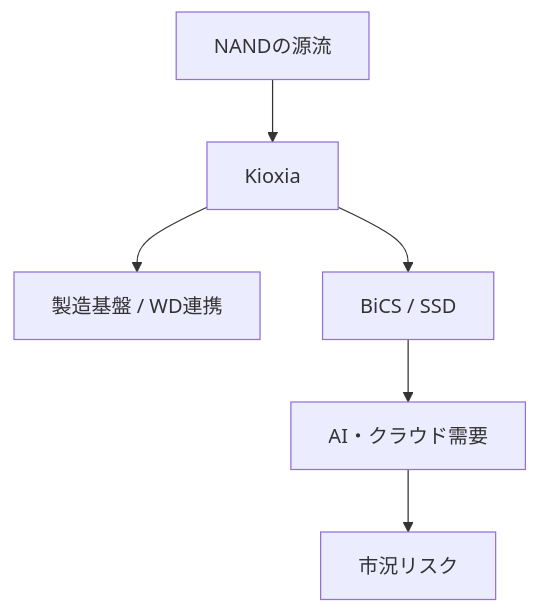
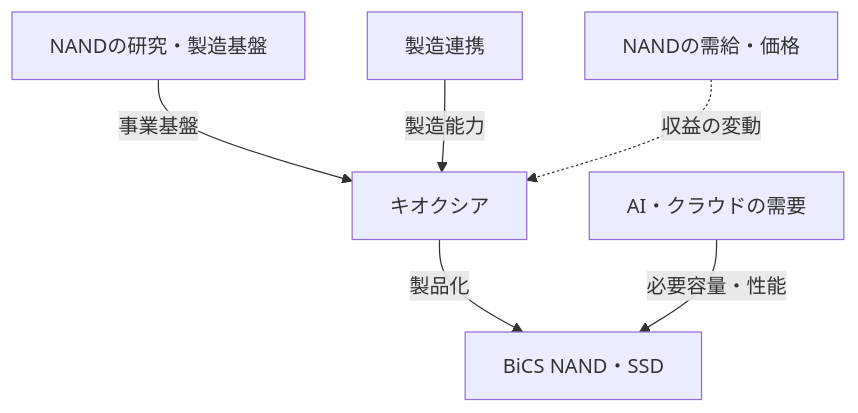
The first of 2 diagrams in articles/report/kioxia/ja/index.mdx (daylight55/research), drawn with Mermaid before and after one commit. The commit also changed other lines of this file and 181 other files, not shown here.

First line of the commit message:
全記事の図解368点を再生成し、共通注意書きを削除 (#402)

````diff
--- a/articles/report/kioxia/ja/index.mdx
+++ b/articles/report/kioxia/ja/index.mdx
@@ -47,8 +47,16 @@
 ```mermaid
-flowchart TB
-  A["NANDの源流"] --> B["Kioxia"]
-  B --> C["製造基盤 / WD連携"]
-  B --> E["BiCS / SSD"]
-  E --> F["AI・クラウド需要"]
-  F --> G["市況リスク"]
+flowchart TD
+  accTitle: キオクシアの製造・製品・需要の接点
+  accDescr: NAND技術と製造連携を基盤にSSDを供給する。AI・クラウド需要の伸びとNAND市況の変動は分けて評価する。
+  N0["NANDの研究・製造基盤"]
+  N1["キオクシア"]
+  N2["製造連携"]
+  N3["BiCS NAND・SSD"]
+  N4["AI・クラウドの需要"]
+  N5["NANDの需給・価格"]
+  N0 -->|事業基盤| N1
+  N2 -->|製造能力| N1
+  N1 -->|製品化| N3
+  N4 -->|必要容量・性能| N3
+  N5 -.->|収益の変動| N1
 ```
````
